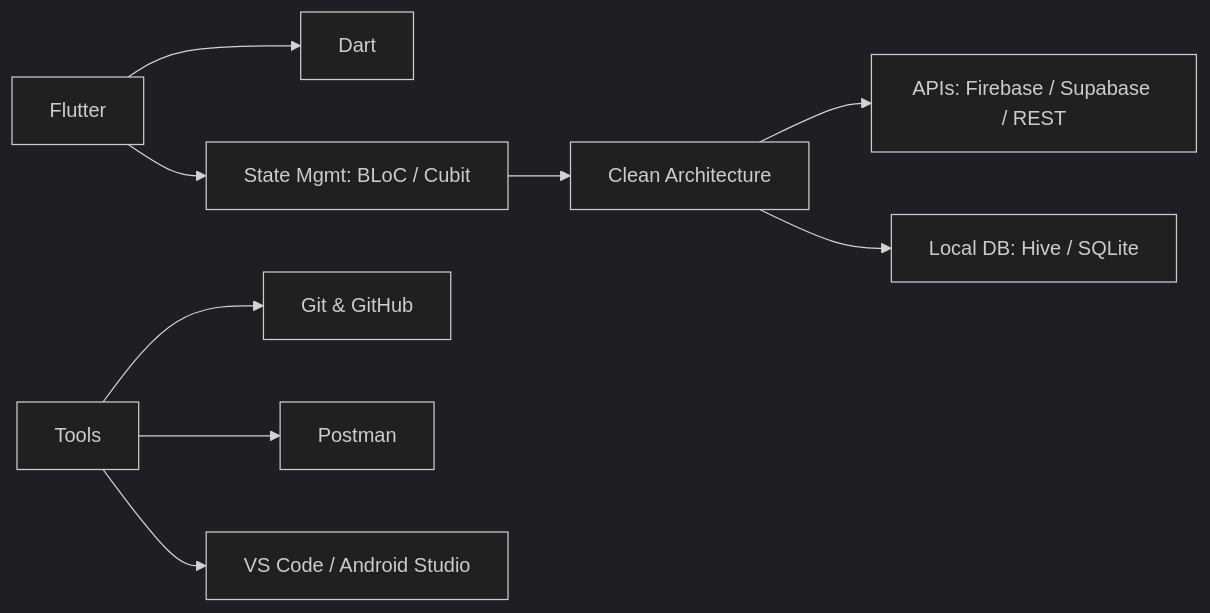
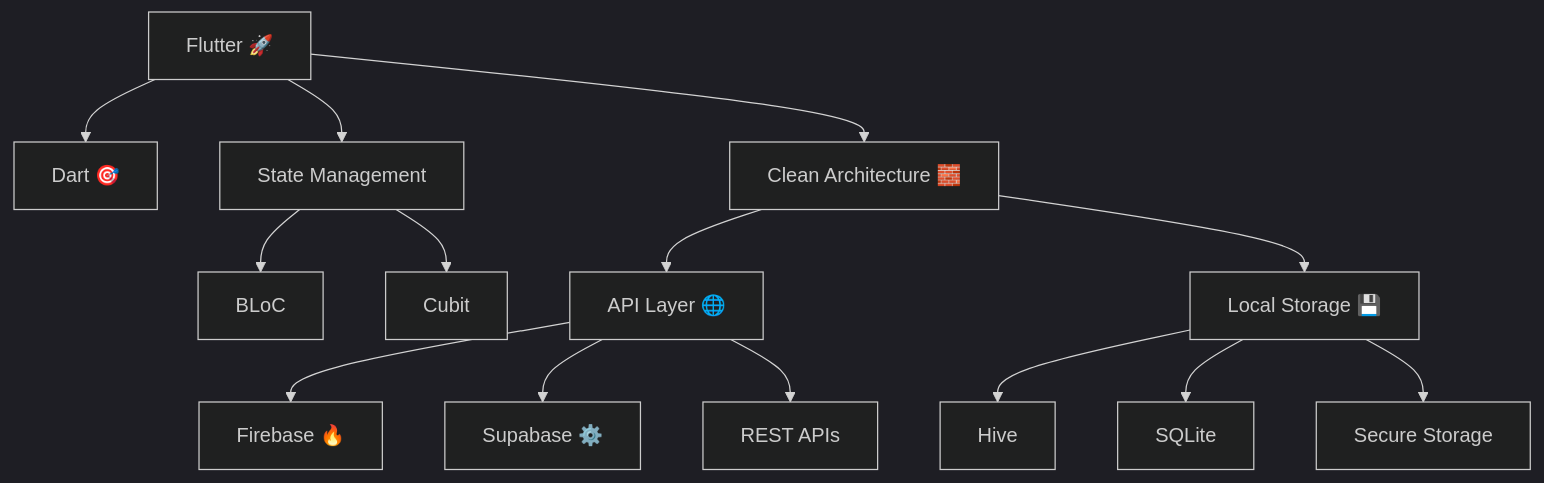
One commit to Mohamedali0219/Mohamedali0219 changed the diagram in README.md. Above: the diagram before and after it, drawn with Mermaid (dark theme). The commit also changed other lines of this file, not shown here.

````diff
--- a/README.md
+++ b/README.md
@@ -18,12 +29,16 @@
 ```mermaid
-flowchart LR
-A[Flutter] --> B[Dart]
-A --> C[State Mgmt: BLoC / Cubit]
-C --> D[Clean Architecture]
-D --> E[APIs: Firebase / Supabase / REST]
-D --> F[Local DB: Hive / SQLite]
-
-G[Tools] --> H[Git & GitHub]
-G --> I[Postman]
-G --> J[VS Code / Android Studio]
+flowchart TD
+A[Flutter 🚀] --> B[Dart 🎯]
+A --> C[State Management]
+C --> C1[BLoC]
+C --> C2[Cubit]
+A --> D[Clean Architecture 🧱]
+D --> E[API Layer 🌐]
+E --> E1[Firebase 🔥]
+E --> E2[Supabase ⚙️]
+E --> E3[REST APIs]
+D --> F[Local Storage 💾]
+F --> F1[Hive]
+F --> F2[SQLite]
+F --> F3[Secure Storage]
 ```
````
